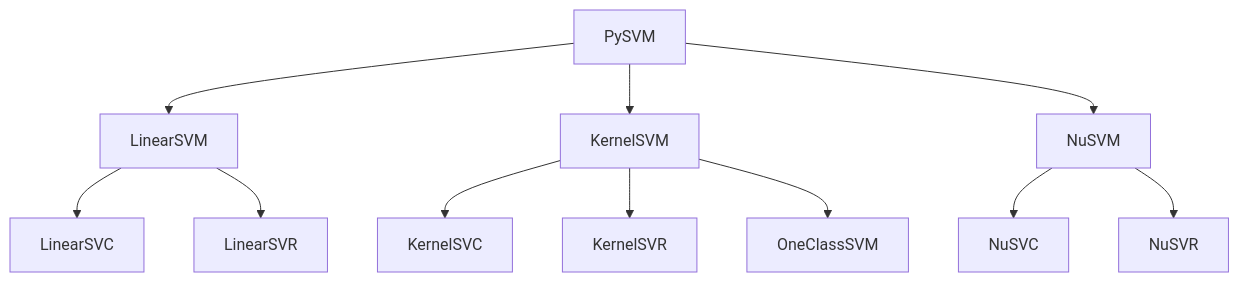
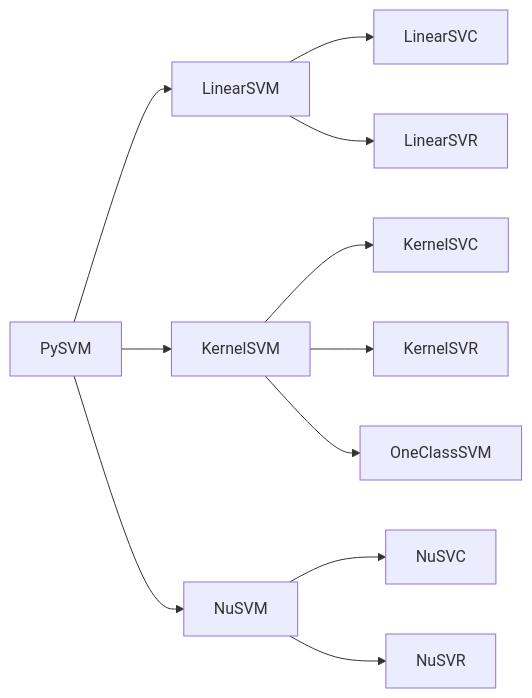
Before and after one commit to Kaslanarian/PySVM: the first of 2 diagrams in README.md, drawn with Mermaid. The commit also changed other lines of this file and 2 other files, not shown here.

````diff
--- a/README.md
+++ b/README.md
@@ -43,13 +51,13 @@
 ```mermaid
-graph 
+graph LR
 	PySVM --> LinearSVM
 	PySVM --> KernelSVM
 	PySVM --> NuSVM
 	LinearSVM --> LinearSVC
 	LinearSVM --> LinearSVR
 	KernelSVM --> KernelSVC
 	KernelSVM --> KernelSVR
 	KernelSVM --> OneClassSVM
 	NuSVM --> NuSVC
 	NuSVM --> NuSVR
 ```
````
